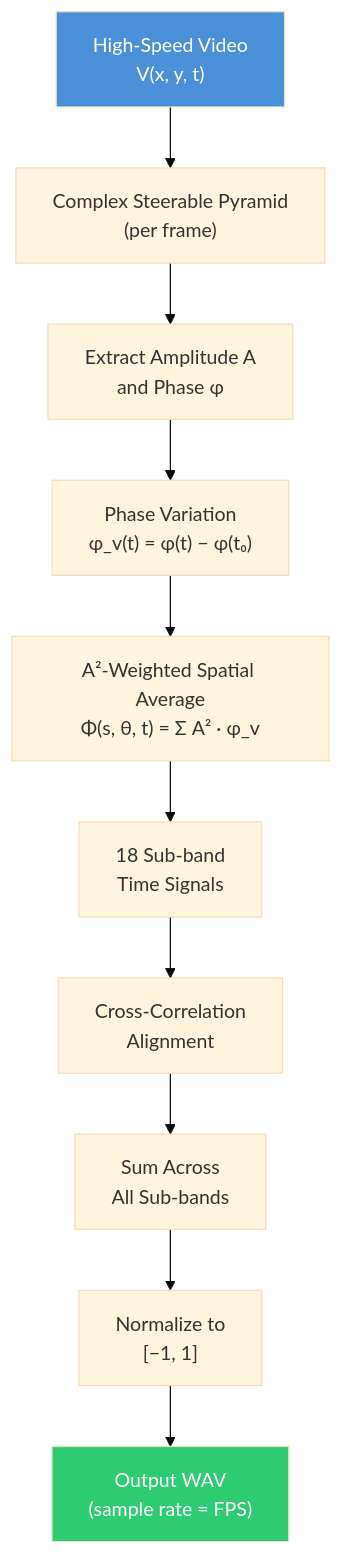
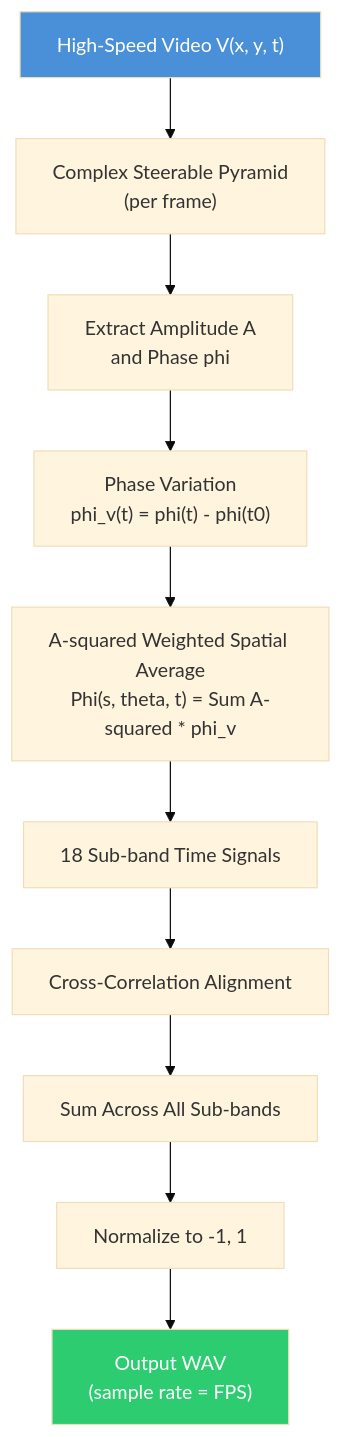
Before and after one commit to joeljose/Visual-Mic: the first of 3 diagrams in README.md, drawn with Mermaid (base theme). The commit also changed other lines of this file, not shown here.

First line of the commit message:
Fix Mermaid diagram syntax for GitHub rendering

````diff
--- a/README.md
+++ b/README.md
@@ -159,15 +159,15 @@
 ```mermaid
 flowchart TD
-    A["High-Speed Video\nV(x, y, t)"] --> B["Complex Steerable Pyramid\n(per frame)"]
-    B --> C["Extract Amplitude A\nand Phase φ"]
-    C --> D["Phase Variation\nφ_v(t) = φ(t) − φ(t₀)"]
-    D --> E["A²-Weighted Spatial Average\nΦ(s, θ, t) = Σ A² · φ_v"]
-    E --> F["18 Sub-band\nTime Signals"]
-    F --> G["Cross-Correlation\nAlignment"]
-    G --> H["Sum Across\nAll Sub-bands"]
-    H --> I["Normalize to\n[−1, 1]"]
-    I --> J["Output WAV\n(sample rate = FPS)"]
+    A["High-Speed Video V(x, y, t)"] --> B["Complex Steerable Pyramid<br>(per frame)"]
+    B --> C["Extract Amplitude A<br>and Phase phi"]
+    C --> D["Phase Variation<br>phi_v(t) = phi(t) - phi(t0)"]
+    D --> E["A-squared Weighted Spatial Average<br>Phi(s, theta, t) = Sum A-squared * phi_v"]
+    E --> F["18 Sub-band Time Signals"]
+    F --> G["Cross-Correlation Alignment"]
+    G --> H["Sum Across All Sub-bands"]
+    H --> I["Normalize to -1, 1"]
+    I --> J["Output WAV<br>(sample rate = FPS)"]
 
     style A fill:#4a90d9,color:#fff
     style J fill:#2ecc71,color:#fff
 ```
````
